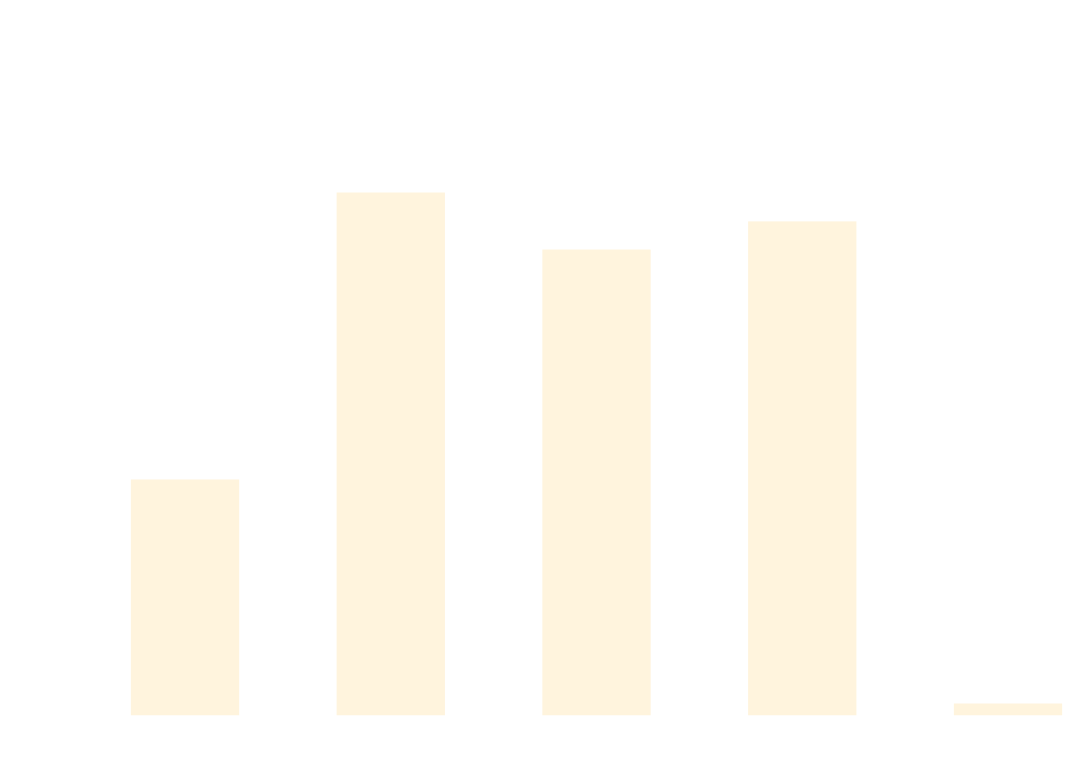
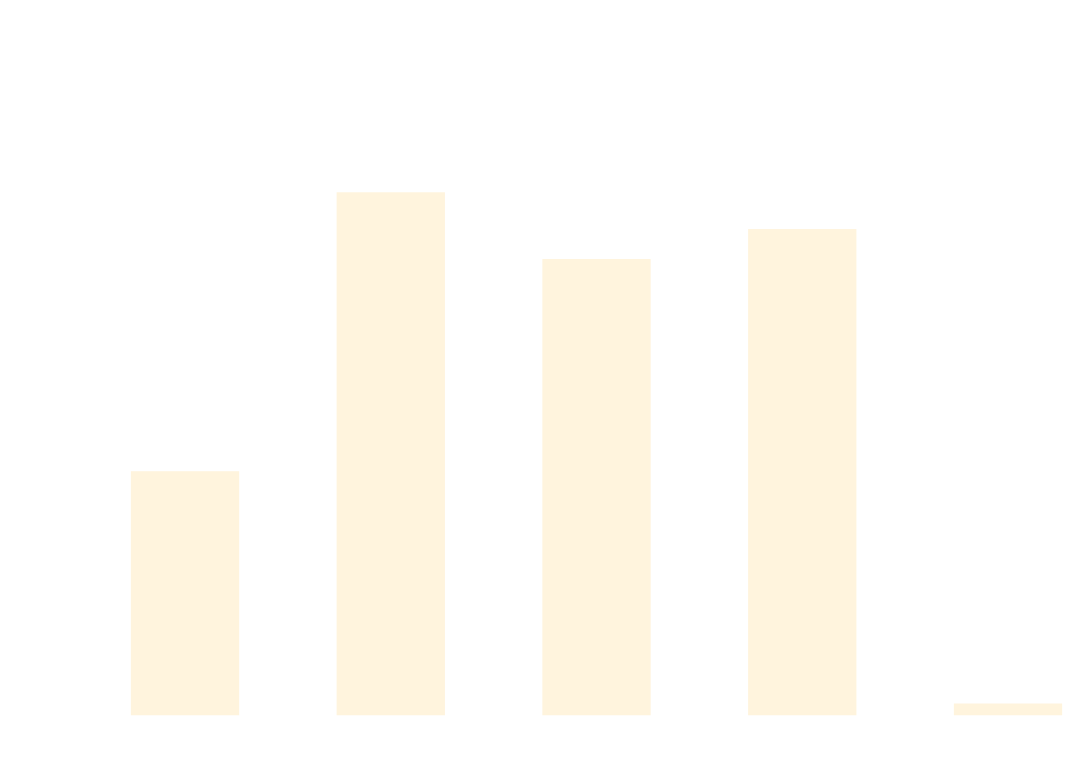
The diagram in docs/docs/benchmarks/SetupTeardownTests.md (thomhurst/TUnit), drawn with Mermaid before and after one commit. The commit also changed other lines of this file and 17 other files, not shown here.

````diff
--- a/docs/docs/benchmarks/SetupTeardownTests.md
+++ b/docs/docs/benchmarks/SetupTeardownTests.md
@@ -27,37 +27,37 @@
 ```mermaid
 %%{init: {
   'theme':'base',
   'themeVariables': {
     'primaryColor': '#2563eb',
     'primaryTextColor': '#ffffff',
     'primaryBorderColor': '#1e40af',
     'lineColor': '#6b7280',
     'secondaryColor': '#7c3aed',
     'tertiaryColor': '#dc2626',
     'background': '#ffffff',
     'mainBkg': '#2563eb',
     'secondBkg': '#7c3aed',
     'tertiaryBkg': '#dc2626',
     'clusterBkg': '#f3f4f6',
     'edgeLabelBackground': '#ffffff',
     'tertiaryTextColor': '#1f2937',
     'pie1': '#2563eb',
     'pie2': '#7c3aed',
     'pie3': '#dc2626',
     'pie4': '#f59e0b',
     'pie5': '#10b981',
     'pie6': '#06b6d4',
     'pie7': '#ec4899',
     'pie8': '#6366f1',
     'pie9': '#84cc16',
     'pie10': '#f97316',
     'pie11': '#14b8a6',
     'pie12': '#a855f7'
   }
 }}%%
 xychart-beta
   title "SetupTeardownTests Performance Comparison"
   x-axis ["TUnit", "NUnit", "MSTest", "xUnit3", "TUnit_AOT"]
-  y-axis "Time (ms)" 0 --> 1562
-  bar [570.4, 1301, 1155.8, 1227.5, 0]
+  y-axis "Time (ms)" 0 --> 1637
+  bar [619.8, 1364.1, 1186, 1266, 0]
 ```
````
